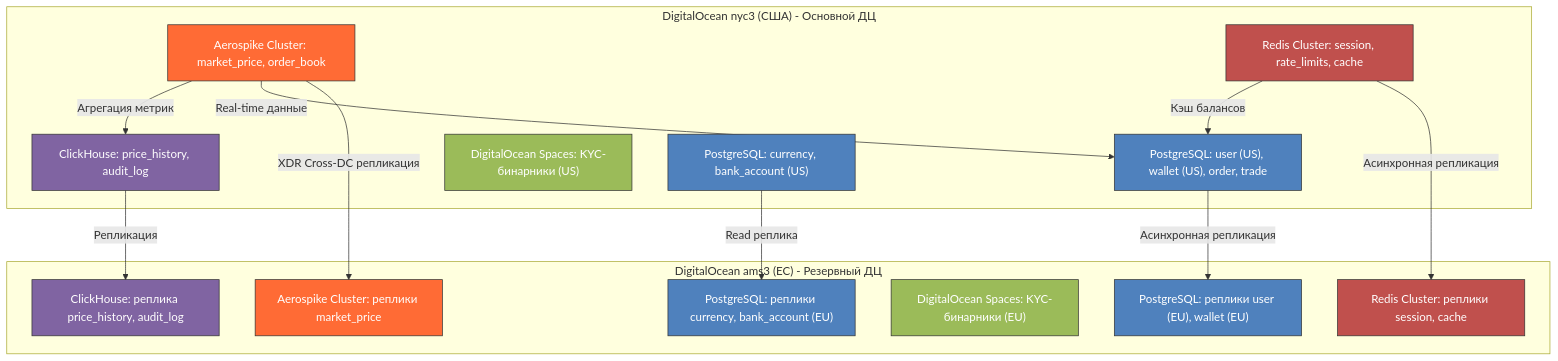
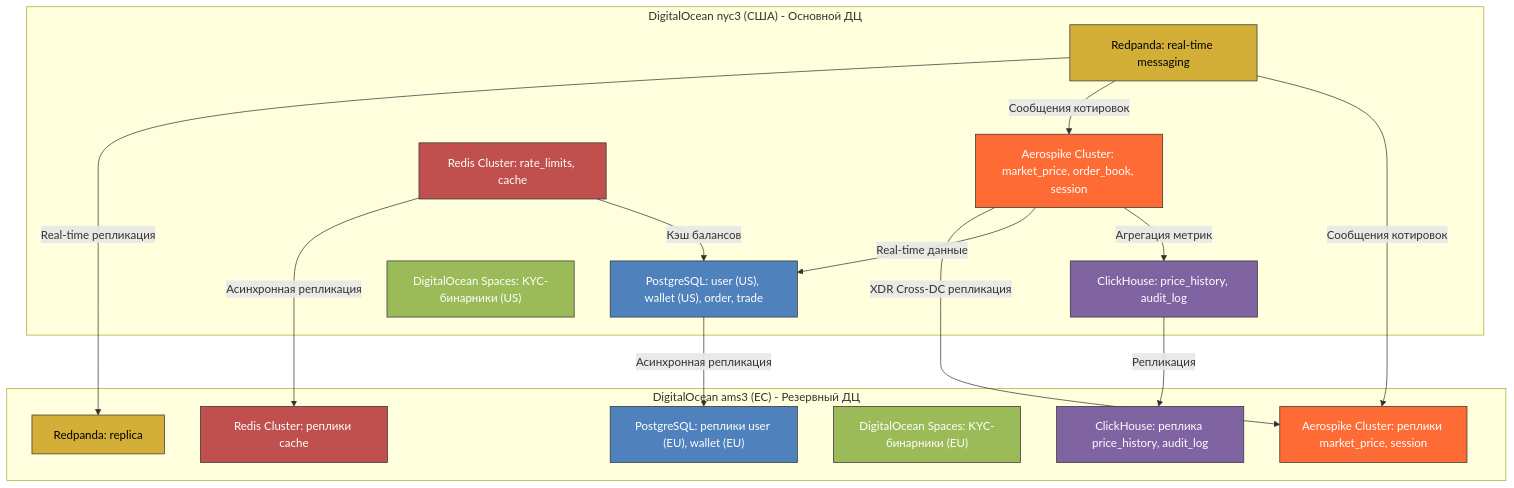
Before and after one commit to IfroloffI/highload-vk-edu-3-term: the diagram in README.md, drawn with Mermaid. The commit also changed other lines of this file, not shown here.

````diff
--- a/README.md
+++ b/README.md
@@ -399,46 +399,49 @@
 ```mermaid
 %% Физическая архитектура БД
-
 flowchart TD
     subgraph nyc3["DigitalOcean nyc3 (США) - Основной ДЦ"]
         A["PostgreSQL: user (US), wallet (US), order, trade"]
         B["ClickHouse: price_history, audit_log"]
-        C["Aerospike Cluster: market_price, order_book"]
+        C["Aerospike Cluster: market_price, order_book, session"]
         D["DigitalOcean Spaces: KYC-бинарники (US)"]
-        E["PostgreSQL: currency, bank_account (US)"]
-        F["Redis Cluster: session, rate_limits, cache"]
+        F["Redis Cluster: rate_limits, cache"]
+        R["Redpanda: real-time messaging"]
     end
 
     subgraph ams3["DigitalOcean ams3 (ЕС) - Резервный ДЦ"]
         G["PostgreSQL: реплики user (EU), wallet (EU)"]
         H["ClickHouse: реплика price_history, audit_log"]
-        I["Aerospike Cluster: реплики market_price"]
+        I["Aerospike Cluster: реплики market_price, session"]
         J["DigitalOcean Spaces: KYC-бинарники (EU)"]
-        K["PostgreSQL: реплики currency, bank_account (EU)"]
-        L["Redis Cluster: реплики session, cache"]
+        L["Redis Cluster: реплики cache"]
+        R2["Redpanda: replica"]
     end
 
     %% Репликация данных
     A -->|Асинхронная репликация| G
     B -->|Репликация| H
     C -->|XDR Cross-DC репликация| I
-    E -->|Read реплика| K
     F -->|Асинхронная репликация| L
+    R -->|Real-time репликация| R2
     
     %% Внутренние связи
     C -->|Real-time данные| A
     C -->|Агрегация метрик| B
     F -->|Кэш балансов| A
+    R -->|Сообщения котировок| C
+    R -->|Сообщения котировок| I
 
     classDef pg fill:#4F81BD,stroke:#333,color:white;
     classDef ch fill:#8064A2,stroke:#333,color:white;
     classDef aerospike fill:#FF6B35,stroke:#333,color:white;
     classDef redis fill:#C0504D,stroke:#333,color:white;
     classDef spaces fill:#9BBB59,stroke:#333,color:white;
+    classDef redpanda fill:#D4AF37,stroke:#333,color:black;
 
-    class A,E,G,K pg
+    class A,G pg
     class B,H ch
     class C,I aerospike
     class F,L redis
     class D,J spaces
+    class R,R2 redpanda
 ```
````
